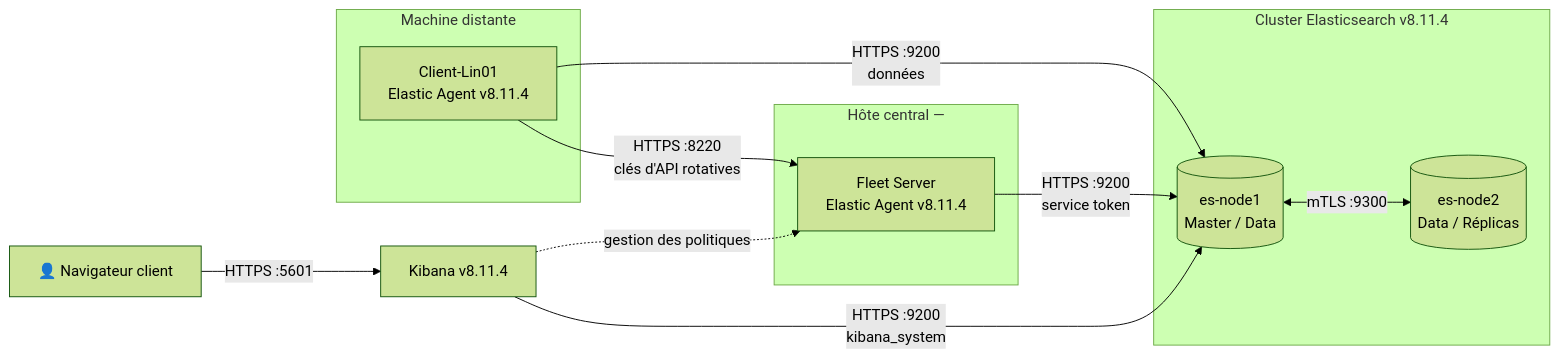
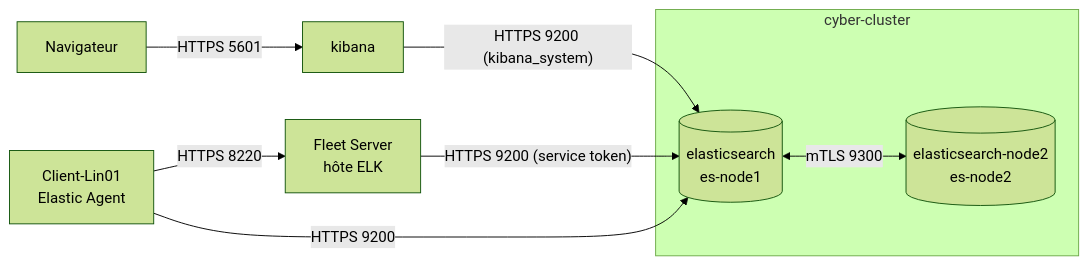
The diagram in docs/architecture.md (CodjoH/Elastic-Stack-Secure-Observability-Platform), drawn with Mermaid (forest theme) before and after one commit. The commit also changed other lines of this file and 3 other files, not shown here.

````diff
--- a/docs/architecture.md
+++ b/docs/architecture.md
@@ -7,24 +11,15 @@
 ```mermaid
 flowchart LR
-    U[👤 Navigateur client] -- "HTTPS :5601" --> K[Kibana v8.11.4]
-    K -- "HTTPS :9200<br/>kibana_system" --> N1
+    U[Navigateur] -- "HTTPS 5601" --> K[kibana]
+    K -- "HTTPS 9200 (kibana_system)" --> N1
 
-    subgraph CLUSTER["Cluster Elasticsearch v8.11.4"]
-        N1[(es-node1<br/>Master / Data)]
-        N2[(es-node2<br/>Data / Réplicas)]
-        N1 <-- "mTLS :9300" --> N2
+    subgraph CLUSTER[cyber-cluster]
+        N1[(elasticsearch<br/>es-node1)]
+        N2[(elasticsearch-node2<br/>es-node2)]
+        N1 <-- "mTLS 9300" --> N2
     end
 
-    subgraph HOST["Hôte central — <ELK_HOST_IP>"]
-        FS[Fleet Server<br/>Elastic Agent v8.11.4]
-    end
-
-    subgraph CLIENT["Machine distante"]
-        A[Client-Lin01<br/>Elastic Agent v8.11.4]
-    end
-
-    A -- "HTTPS :8220<br/>clés d'API rotatives" --> FS
-    A -- "HTTPS :9200<br/>données" --> N1
-    FS -- "HTTPS :9200<br/>service token" --> N1
-    K -. "gestion des politiques" .-> FS
+    FS[Fleet Server<br/>hôte ELK] -- "HTTPS 9200 (service token)" --> N1
+    A[Client-Lin01<br/>Elastic Agent] -- "HTTPS 8220" --> FS
+    A -- "HTTPS 9200" --> N1
 ```
````
